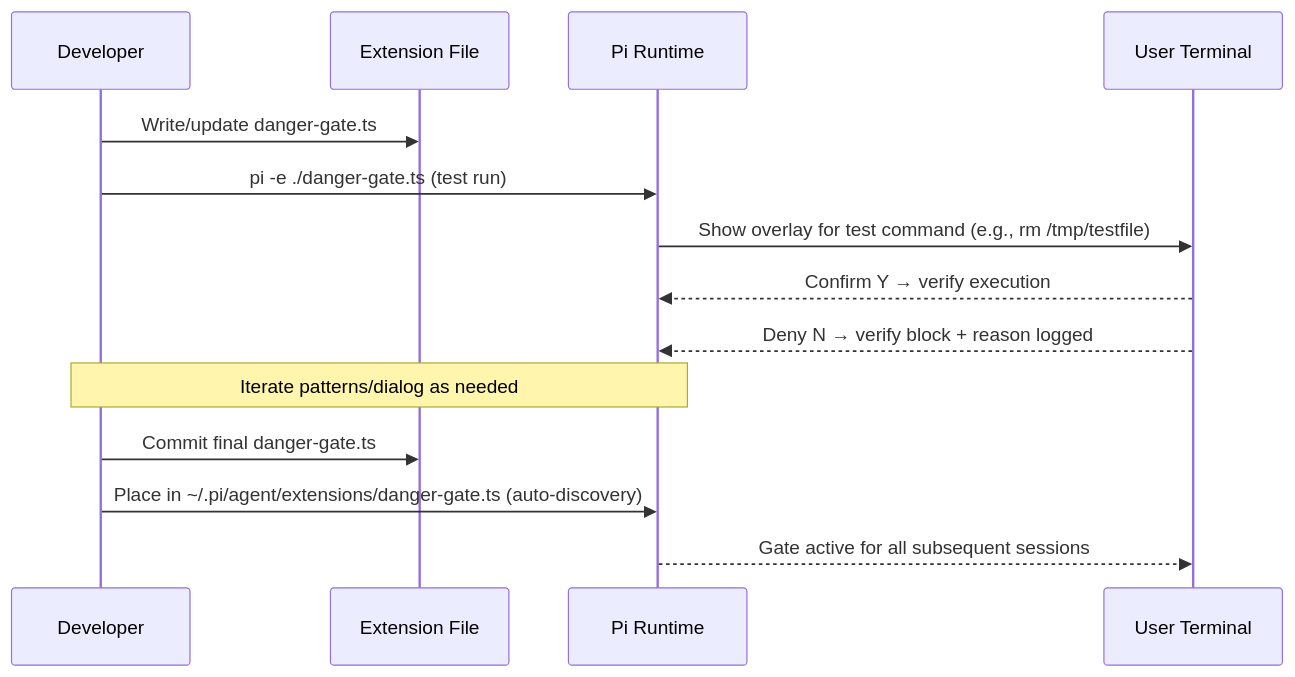
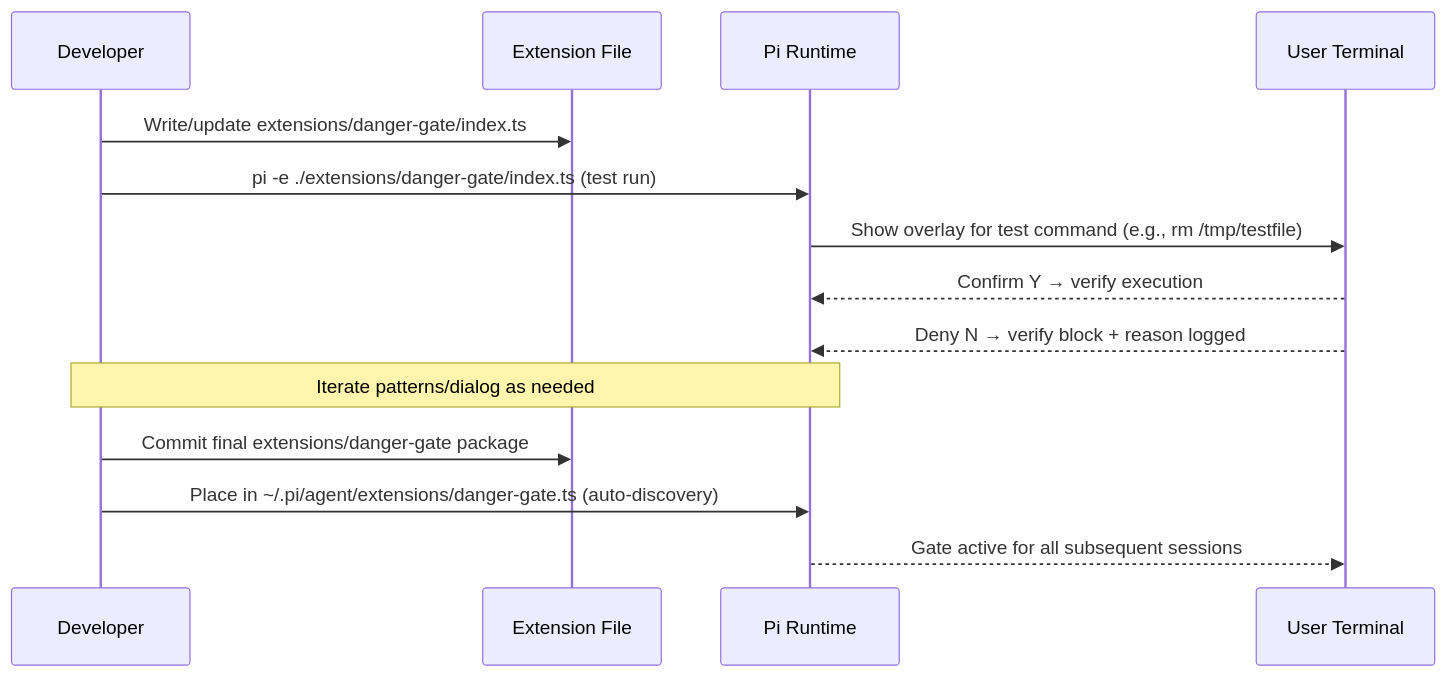
The third of 3 diagrams in docs/specs/dangergate-popup.md (pydn/ralph-works-skills), drawn with Mermaid before and after one commit. The commit also changed other lines of this file and 13 other files, not shown here.

Commit message:
Package danger-gate as extension

`````diff
--- a/docs/specs/dangergate-popup.md
+++ b/docs/specs/dangergate-popup.md
@@ -411,19 +411,19 @@
 ````mermaid
 sequenceDiagram
     participant D as Developer
     participant E as Extension File
     participant P as Pi Runtime
     participant U as User Terminal
 
-    D->>E: Write/update danger-gate.ts
-    D->>P: pi -e ./danger-gate.ts (test run)
+    D->>E: Write/update extensions/danger-gate/index.ts
+    D->>P: pi -e ./extensions/danger-gate/index.ts (test run)
     P->>U: Show overlay for test command (e.g., rm /tmp/testfile)
     U-->>P: Confirm Y → verify execution
     U-->>P: Deny N → verify block + reason logged
 
     Note over D,P: Iterate patterns/dialog as needed
 
-    D->>E: Commit final danger-gate.ts
+    D->>E: Commit final extensions/danger-gate package
     D->>P: Place in ~/.pi/agent/extensions/danger-gate.ts (auto-discovery)
     P-->>U: Gate active for all subsequent sessions
 ````
`````
